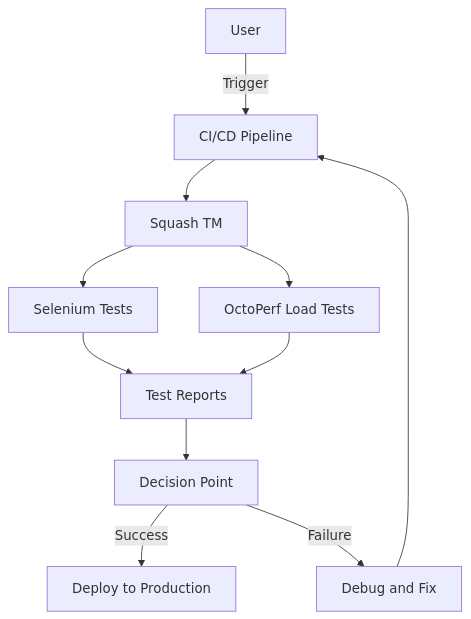
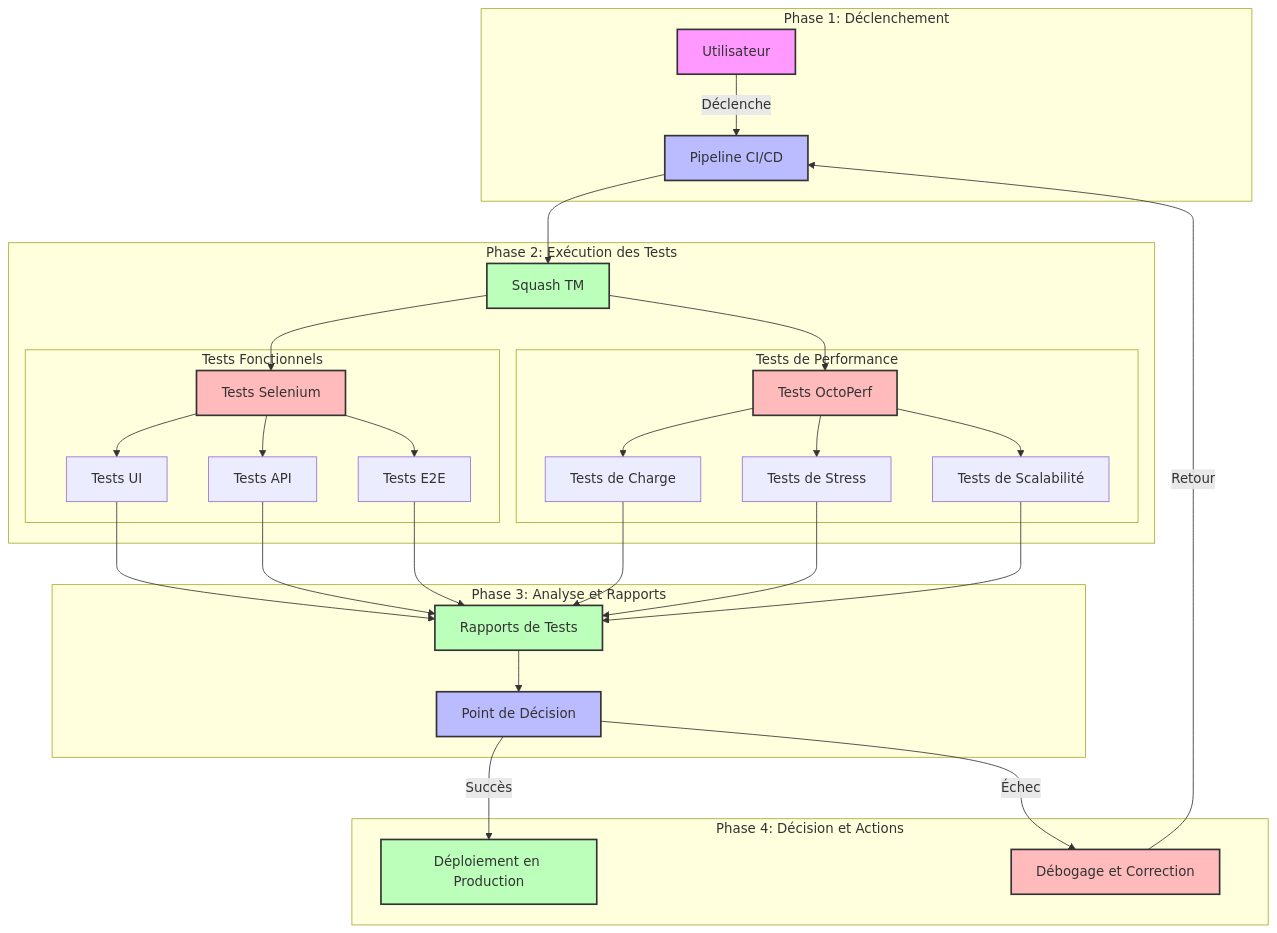
Before and after one commit to arrel-messie/lab-dev: the diagram in Competences techniques/Projets POCs/IntegrationTestFonctionnelsEtPerf/notes.md, drawn with Mermaid. The commit also changed other lines of this file and 1 other file, not shown here.

Commit message:
adding test fonctionnel et perf poc

````diff
--- a/Competences techniques/Projets POCs/IntegrationTestFonctionnelsEtPerf/notes.md
+++ b/Competences techniques/Projets POCs/IntegrationTestFonctionnelsEtPerf/notes.md
@@ -1,13 +5,46 @@
 ```mermaid
-flowchart TD
-    A[User] -->|Trigger| B[CI/CD Pipeline]
-    B --> C[Squash TM]
-    C --> D[Selenium Tests]
-    C --> E[OctoPerf Load Tests]
-    D --> F[Test Reports]
-    E --> F
-    F --> G[Decision Point]
-    G -->|Success| H[Deploy to Production]
-    G -->|Failure| I[Debug and Fix]
-    I --> B
+graph TD
+    subgraph "Phase 1: Déclenchement"
+        A[Utilisateur] -->|Déclenche| B[Pipeline CI/CD]
+    end
+
+    subgraph "Phase 2: Exécution des Tests"
+        B --> C[Squash TM]
+        C --> D[Tests Selenium]
+        C --> E[Tests OctoPerf]
+        
+        subgraph "Tests Fonctionnels"
+            D --> D1[Tests UI]
+            D --> D2[Tests API]
+            D --> D3[Tests E2E]
+        end
+        
+        subgraph "Tests de Performance"
+            E --> E1[Tests de Charge]
+            E --> E2[Tests de Stress]
+            E --> E3[Tests de Scalabilité]
+        end
+    end
+
+    subgraph "Phase 3: Analyse et Rapports"
+        D1 & D2 & D3 --> F[Rapports de Tests]
+        E1 & E2 & E3 --> F
+        F --> G[Point de Décision]
+    end
+
+    subgraph "Phase 4: Décision et Actions"
+        G -->|Succès| H[Déploiement en Production]
+        G -->|Échec| I[Débogage et Correction]
+        I -->|Retour| B
+    end
+
+    style A fill:#f9f,stroke:#333,stroke-width:2px
+    style B fill:#bbf,stroke:#333,stroke-width:2px
+    style C fill:#bfb,stroke:#333,stroke-width:2px
+    style D fill:#fbb,stroke:#333,stroke-width:2px
+    style E fill:#fbb,stroke:#333,stroke-width:2px
+    style F fill:#bfb,stroke:#333,stroke-width:2px
+    style G fill:#bbf,stroke:#333,stroke-width:2px
+    style H fill:#bfb,stroke:#333,stroke-width:2px
+    style I fill:#fbb,stroke:#333,stroke-width:2px
 ```
````
